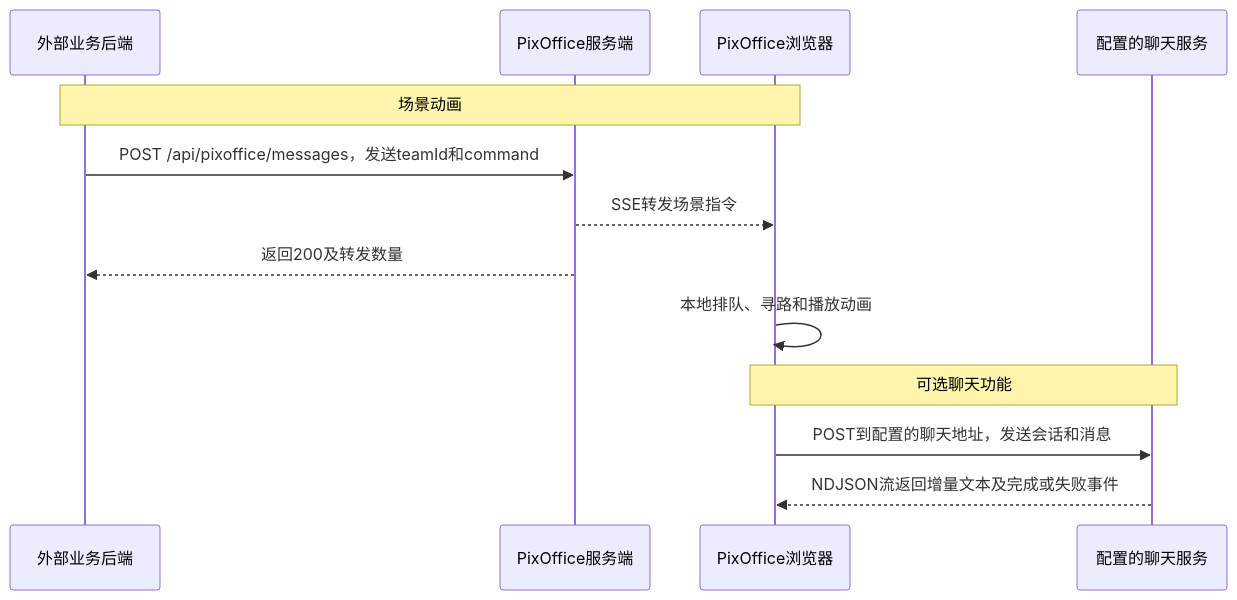
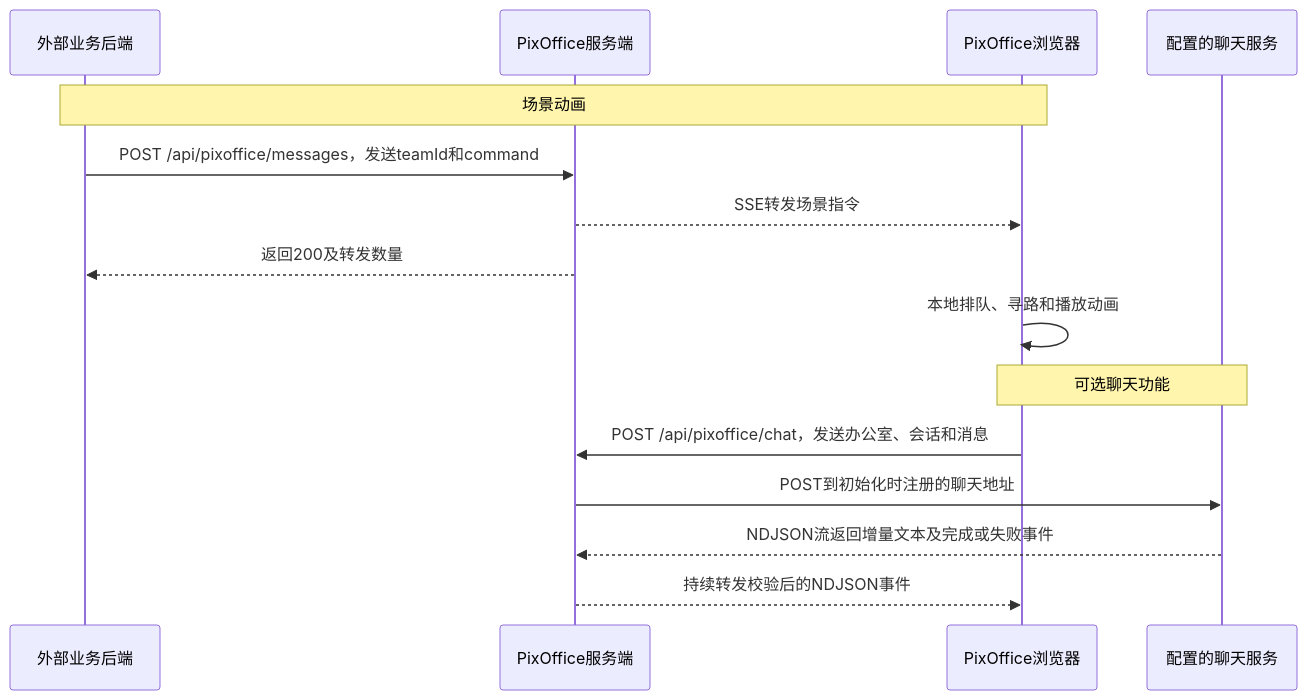
The second of 2 diagrams in integration/docs/office-integration.md (workbzw/pixoffice), drawn with Mermaid before and after one commit. The commit also changed other lines of this file and 16 other files, not shown here.

````diff
--- a/integration/docs/office-integration.md
+++ b/integration/docs/office-integration.md
@@ -83,17 +83,19 @@
 ```mermaid
 sequenceDiagram
     participant E as 外部业务后端
     participant S as PixOffice服务端
     participant B as PixOffice浏览器
     participant C as 配置的聊天服务
 
     Note over E,B: 场景动画
     E->>S: POST /api/pixoffice/messages，发送teamId和command
     S-->>B: SSE转发场景指令
     S-->>E: 返回200及转发数量
     B->>B: 本地排队、寻路和播放动画
 
     Note over B,C: 可选聊天功能
-    B->>C: POST到配置的聊天地址，发送会话和消息
-    C-->>B: NDJSON流返回增量文本及完成或失败事件
+    B->>S: POST /api/pixoffice/chat，发送办公室、会话和消息
+    S->>C: POST到初始化时注册的聊天地址
+    C-->>S: NDJSON流返回增量文本及完成或失败事件
+    S-->>B: 持续转发校验后的NDJSON事件
 ```
````
